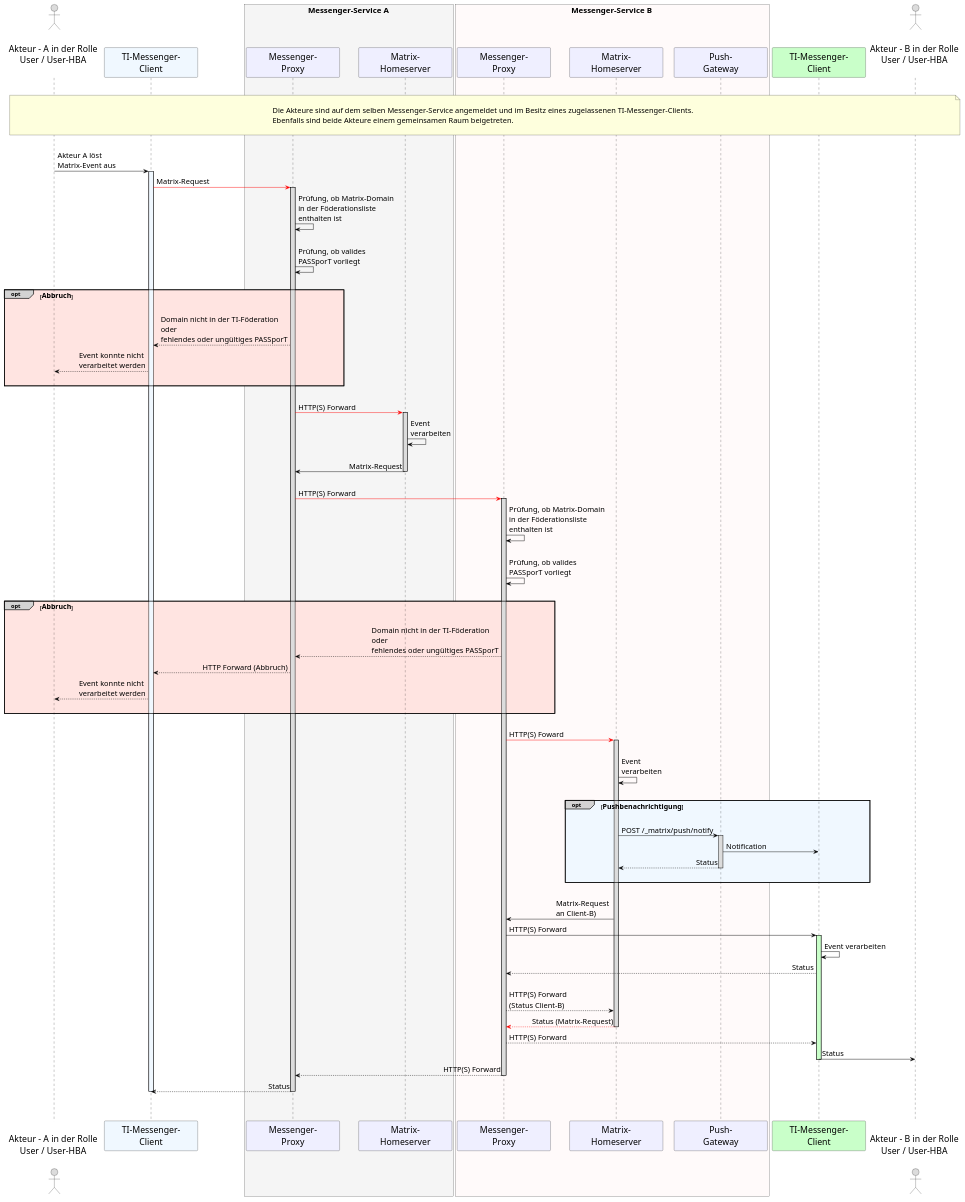
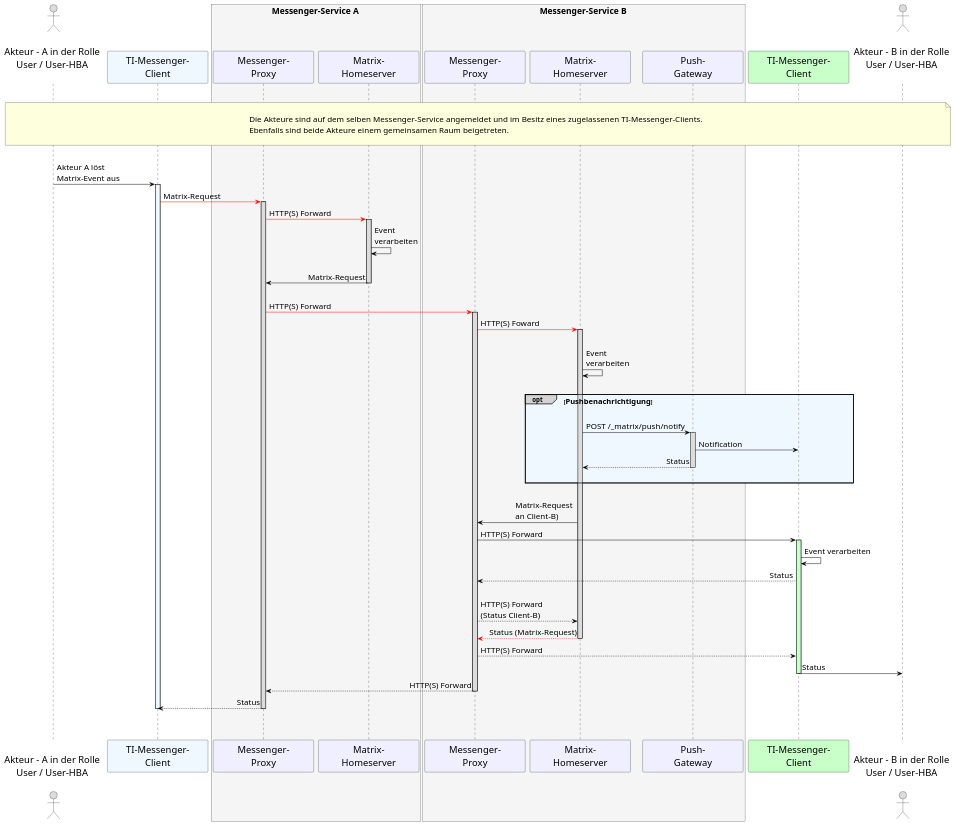
Before and after one commit to gematik/api-ti-messenger: the diagram in src/plantuml/TI-Messenger-Dienst/Ressourcen/UC_10062_Seq.puml, drawn with PlantUML. The commit also changed other lines of this file, not shown here.

```diff
--- a/src/plantuml/TI-Messenger-Dienst/Ressourcen/UC_10062_Seq.puml
+++ b/src/plantuml/TI-Messenger-Dienst/Ressourcen/UC_10062_Seq.puml
@@ -9,123 +9,98 @@
 @startuml
 skinparam sequenceMessageAlign direction
 skinparam minClassWidth 200
 skinparam BoxPadding 1
 skinparam sequenceReferenceHeaderBackgroundColor palegreen
 scale max 2048 width
 
 skinparam sequence {
 ArrowColor black
 ArrowFontSize 17
 ActorBorderColor black
 LifeLineBorderColor black
 LifeLineBackgroundColor Gainsboro
 
 ParticipantBorderColor Motivation
 ParticipantBackgroundColor Motivation
 ParticipantFontName Impact
 ParticipantFontSize 20
 ParticipantFontColor black
 ParticipantBorderColor Black
 ParticipantBackgroundColor MOTIVATION
 
 ActorBackgroundColor Gainsboro
 ActorFontColor black
 ActorFontSize 20
 ActorFontName Aapex
 }
     actor U1 as "\nAkteur - A in der Rolle\nUser / User-HBA\n"
     participant C1 as "TI-Messenger-\nClient" #AliceBlue
     box <size:18>Messenger-Service A</size> #WhiteSmoke
       participant MP1 as "Messenger-\nProxy"
       participant MH1 as "Matrix-\nHomeserver"
     end box
-    box <size:18>Messenger-Service B</size> #Snow
+    box <size:18>Messenger-Service B</size> #WhiteSmoke
     participant MP2 as "Messenger-\nProxy"
     participant MH2 as "Matrix-\nHomeserver"
     participant PG2 as "Push-\nGateway"
     end box
     participant C2 as "TI-Messenger-\nClient" #TECHNOLOGY
     actor U2 as "\nAkteur - B in der Rolle\nUser / User-HBA\n"
     
 |||
 note over U1, U2: \n<size:17>Die Akteure sind auf dem selben Messenger-Service angemeldet und im Besitz eines zugelassenen TI-Messenger-Clients.</size>\n<size:17>Ebenfalls sind beide Akteure einem gemeinsamen Raum beigetreten.</size>\n
 |||
 
   U1->C1: Akteur A löst\nMatrix-Event aus
     activate C1 #AliceBlue
   C1-[#red]>MP1: Matrix-Request
     activate MP1
-  MP1->MP1: Prüfung, ob Matrix-Domain \nin der Föderationsliste \nenthalten ist
-  |||
-  MP1->MP1: Prüfung, ob valides \nPASSporT vorliegt
-  |||
-    
-  opt#LightGrey #MistyRose <size:16>Abbruch</size>
-    |||
-    MP1-->C1: Domain nicht in der TI-Föderation \noder \nfehlendes oder ungültiges PASSporT
-    C1-->U1: Event konnte nicht \nverarbeitet werden
-    |||
-  end
-    
-  |||
+
   MP1-[#red]>MH1: HTTP(S) Forward
     activate MH1
   MH1->MH1: Event \nverarbeiten
   |||
   MH1->MP1: Matrix-Request
     deactivate MH1
   |||
   MP1-[#red]>MP2: HTTP(S) Forward
     activate MP2
-  MP2->MP2: Prüfung, ob Matrix-Domain \nin der Föderationsliste \nenthalten ist
-  |||
-  MP2->MP2: Prüfung, ob valides \nPASSporT vorliegt
-  |||
-      
-  opt#LightGrey #MistyRose <size:16>Abbruch</size>
-    |||
-    MP2-->MP1: Domain nicht in der TI-Föderation \noder \nfehlendes oder ungültiges PASSporT
-    MP1-->C1: HTTP Forward (Abbruch)
-    C1-->U1: Event konnte nicht \nverarbeitet werden
-    |||
-  end
-    
-  |||
+
   MP2-[#red]>MH2: HTTP(S) Foward
   |||
     activate MH2
   MH2->MH2: Event \nverarbeiten
   |||
  
   opt#LightGrey #AliceBlue <size:16>Pushbenachrichtigung</size>
   |||
     MH2->PG2: POST /_matrix/push/notify
       activate PG2
     PG2->C2: Notification
     PG2-->MH2: Status
       deactivate PG2
   |||
   end
   |||
 
   MH2->MP2: Matrix-Request \nan Client-B)
   MP2->C2: HTTP(S) Forward 
     activate C2 #TECHNOLOGY
   C2->C2: Event verarbeiten
 
   C2-->MP2: Status
   |||
   MP2-->MH2: HTTP(S) Forward \n(Status Client-B)
   MH2--[#red]>MP2: Status (Matrix-Request)
     deactivate MH2
   MP2-->C2: HTTP(S) Forward
   C2->U2: Status
     deactivate C2
   MP2-->MP1: HTTP(S) Forward
     deactivate MP2
   MP1-->C1: Status
     deactivate MP1
     deactivate C1
   |||
 |||
 @enduml
```
